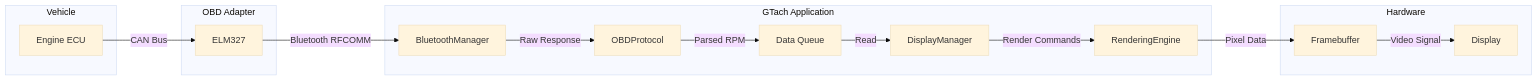
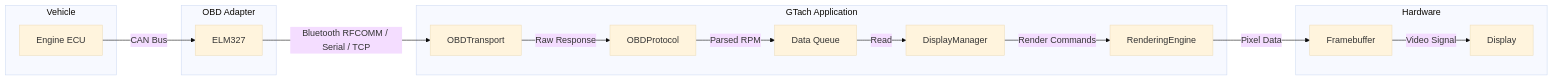
Before and after one commit to William12556/GTach: the fifth of 5 diagrams in workspace/design/design-gtach-master.md, drawn with Mermaid (base theme). The commit also changed other lines of this file and 27 other files, not shown here.

````diff
--- a/workspace/design/design-gtach-master.md
+++ b/workspace/design/design-gtach-master.md
@@ -840,32 +842,32 @@
 ```mermaid
 flowchart LR
     subgraph "Vehicle"
         ECU[Engine ECU]
     end
     
     subgraph "OBD Adapter"
         ELM[ELM327]
     end
     
     subgraph "GTach Application"
-        BT[BluetoothManager]
+        TR[OBDTransport]
         OBD[OBDProtocol]
         Q[Data Queue]
         DM[DisplayManager]
         RE[RenderingEngine]
     end
     
     subgraph "Hardware"
         FB[Framebuffer]
         DISP[Display]
     end
     
     ECU -->|CAN Bus| ELM
-    ELM -->|Bluetooth RFCOMM| BT
-    BT -->|Raw Response| OBD
+    ELM -->|Bluetooth RFCOMM / Serial / TCP| TR
+    TR -->|Raw Response| OBD
     OBD -->|Parsed RPM| Q
     Q -->|Read| DM
     DM -->|Render Commands| RE
     RE -->|Pixel Data| FB
     FB -->|Video Signal| DISP
 ```
````
